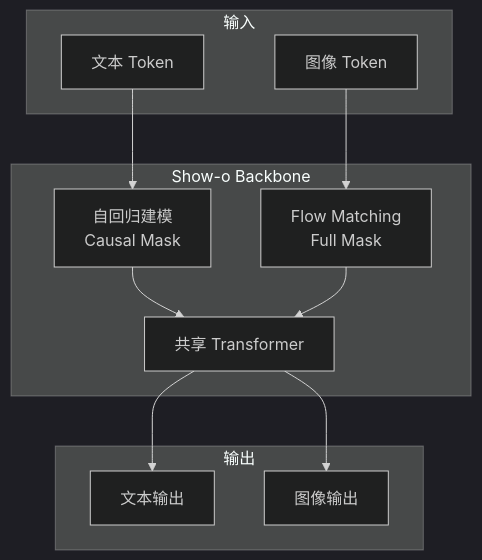
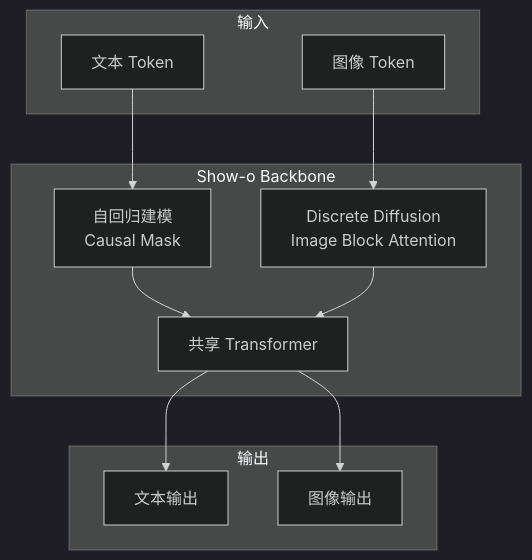
One commit to likebeans/notes-on-llms changed the second of 8 diagrams in docs/llms/multimodal/unified.md. Above: the diagram before and after it, drawn with Mermaid (dark theme). The commit also changed other lines of this file and 175 other files, not shown here.

````diff
--- a/docs/llms/multimodal/unified.md
+++ b/docs/llms/multimodal/unified.md
@@ -59,19 +59,19 @@
 ```mermaid
 flowchart TB
     subgraph 输入
         TXT[文本 Token]
         IMG[图像 Token]
     end
     
     subgraph "Show-o Backbone"
         TXT --> AR[自回归建模\nCausal Mask]
-        IMG --> FM[Flow Matching\nFull Mask]
+        IMG --> FM[Discrete Diffusion\nImage Block Attention]
         AR --> TF[共享 Transformer]
         FM --> TF
     end
     
     subgraph 输出
         TF --> OUT_T[文本输出]
         TF --> OUT_I[图像输出]
     end
 ```
````
